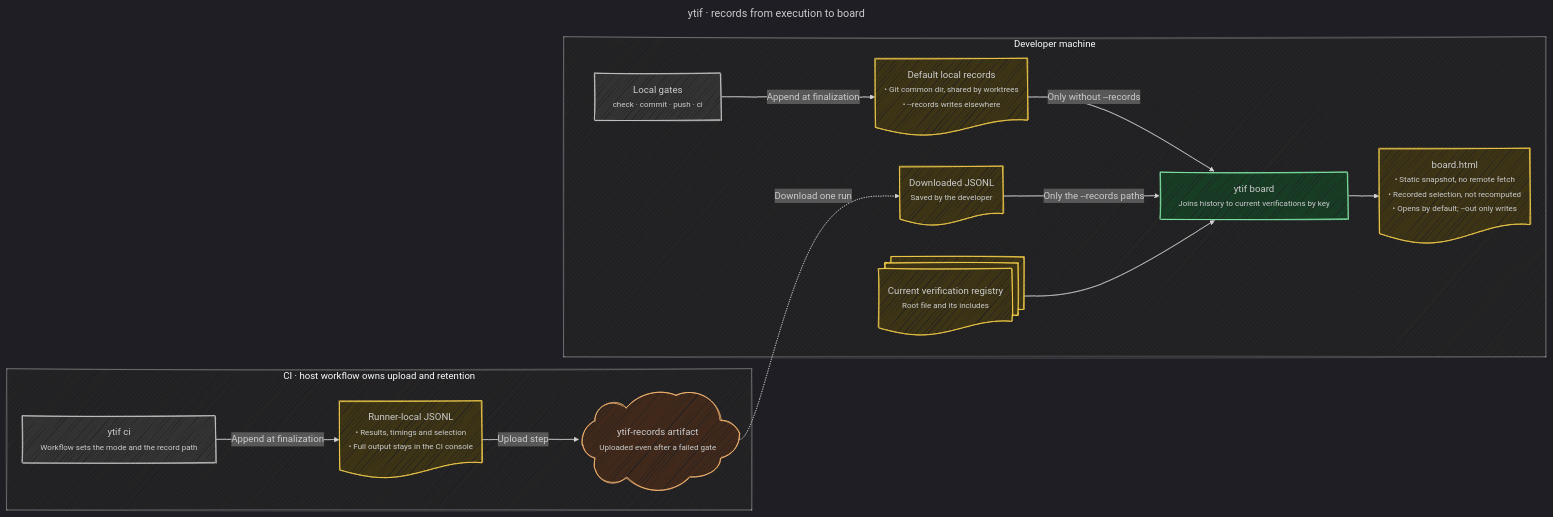
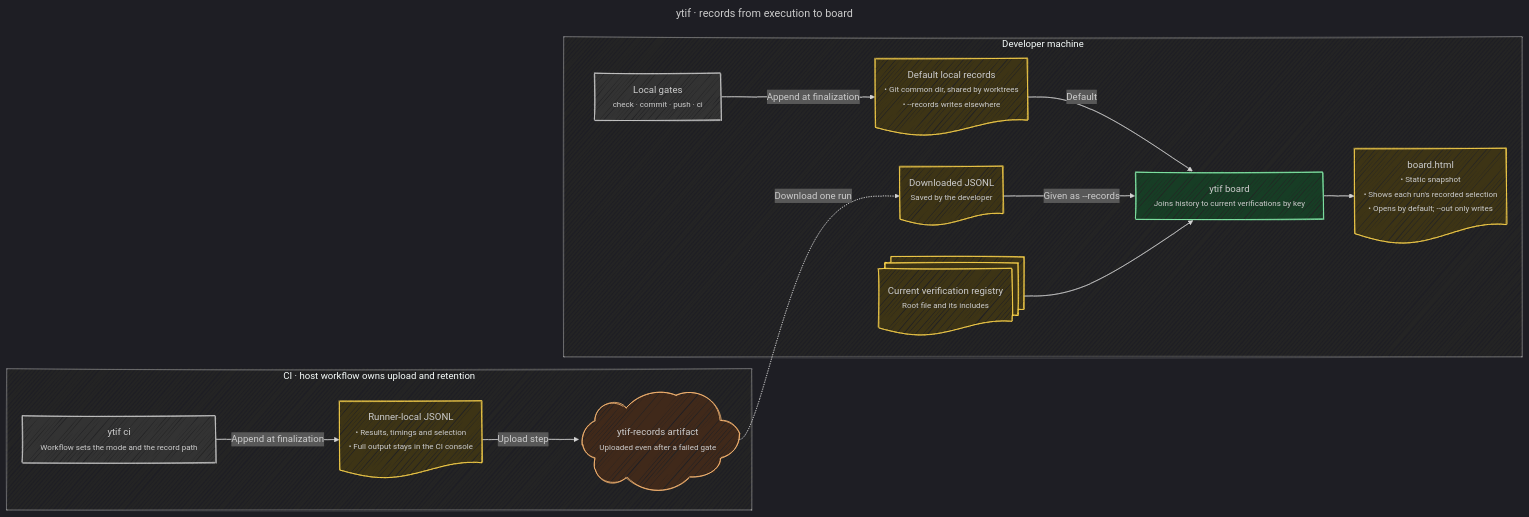
Before and after one commit to undervoke/ytif: the diagram in blueprint/records.mermaid, drawn with Mermaid.

Commit message:
docs(blueprint): state board record sources positively
Describe what the board reads (the --records paths when given, the default local file otherwise) instead of listing sources it never reads, so the diagram does not freeze unbuilt alternatives as decisions. Point the behavior authority at the renamed README section.

agent_in_charge: Claude Code/Anthropic/claude-opus-5-5

```diff
--- a/blueprint/records.mermaid
+++ b/blueprint/records.mermaid
@@ -1,48 +1,48 @@
 ---
 title: ytif · records from execution to board
 config:
   look: handDrawn
   handDrawnSeed: 5
   theme: dark
   themeVariables:
     mainBkg: "#333333"
     clusterBkg: "#242424"
   themeCSS: |
     small { display: inline-block; text-align: left; }
   flowchart:
     wrappingWidth: 270
 ---
-%% Behavior authority: internal/gate/gate.go (recordLines, writeRecords), internal/record/record.go, internal/cli/cli.go (runBoard), internal/board/board.go (Render), .github/workflows/ci.yml and README.md (Board).
+%% Behavior authority: internal/gate/gate.go (recordLines, writeRecords), internal/record/record.go, internal/cli/cli.go (runBoard), internal/board/board.go (Render), .github/workflows/ci.yml and README.md (Records and board).
 %% CI upload is configured by the host workflow; ytif itself writes a local file. Artifact retention is also host-owned.
 %% The record append occurs at gate finalization, including ordinary failures. An early exit or forced termination may leave no records; interrupted work has no completed result.
-%% The board reads explicit --records paths or the default local file, never an implicit union or a remembered download.
+%% The board reads the --records paths when given, and the default local file otherwise.
 flowchart LR
   subgraph Host["CI · host workflow owns upload and retention"]
     CIGate["ytif ci<br/><small>Workflow sets the mode and the record path</small>"]
     CIRec@{ shape: doc, label: "Runner-local JSONL<br/><small>• Results, timings and selection<br/>• Full output stays in the CI console</small>" }
     Artifact@{ shape: cloud, label: "ytif-records artifact<br/><small>Uploaded even after a failed gate</small>" }
     CIGate -->|Append at finalization| CIRec
     CIRec -->|Upload step| Artifact
   end
 
   subgraph Dev["Developer machine"]
     LocalGate["Local gates<br/><small>check · commit · push · ci</small>"]
     Default@{ shape: doc, label: "Default local records<br/><small>• Git common dir, shared by worktrees<br/>• --records writes elsewhere</small>" }
     Download@{ shape: doc, label: "Downloaded JSONL<br/><small>Saved by the developer</small>" }
     Registry@{ shape: docs, label: "Current verification registry<br/><small>Root file and its includes</small>" }
     Board["ytif board<br/><small>Joins history to current verifications by key</small>"]
-    HTML@{ shape: doc, label: "board.html<br/><small>• Static snapshot, no remote fetch<br/>• Recorded selection, not recomputed<br/>• Opens by default; --out only writes</small>" }
+    HTML@{ shape: doc, label: "board.html<br/><small>• Static snapshot<br/>• Shows each run's recorded selection<br/>• Opens by default; --out only writes</small>" }
     LocalGate -->|Append at finalization| Default
-    Default -->|Only without --records| Board
-    Download -->|Only the --records paths| Board
+    Default -->|Default| Board
+    Download -->|Given as --records| Board
     Registry --> Board --> HTML
   end
 
   Artifact -.->|Download one run| Download
 
   classDef em fill:#173d25,stroke:#86efac
   classDef file fill:#3d3415,stroke:#fcd34d
   classDef ext fill:#40291a,stroke:#fdba74
   class Board em
   class CIRec,Default,Download,Registry,HTML file
   class Artifact ext
```
